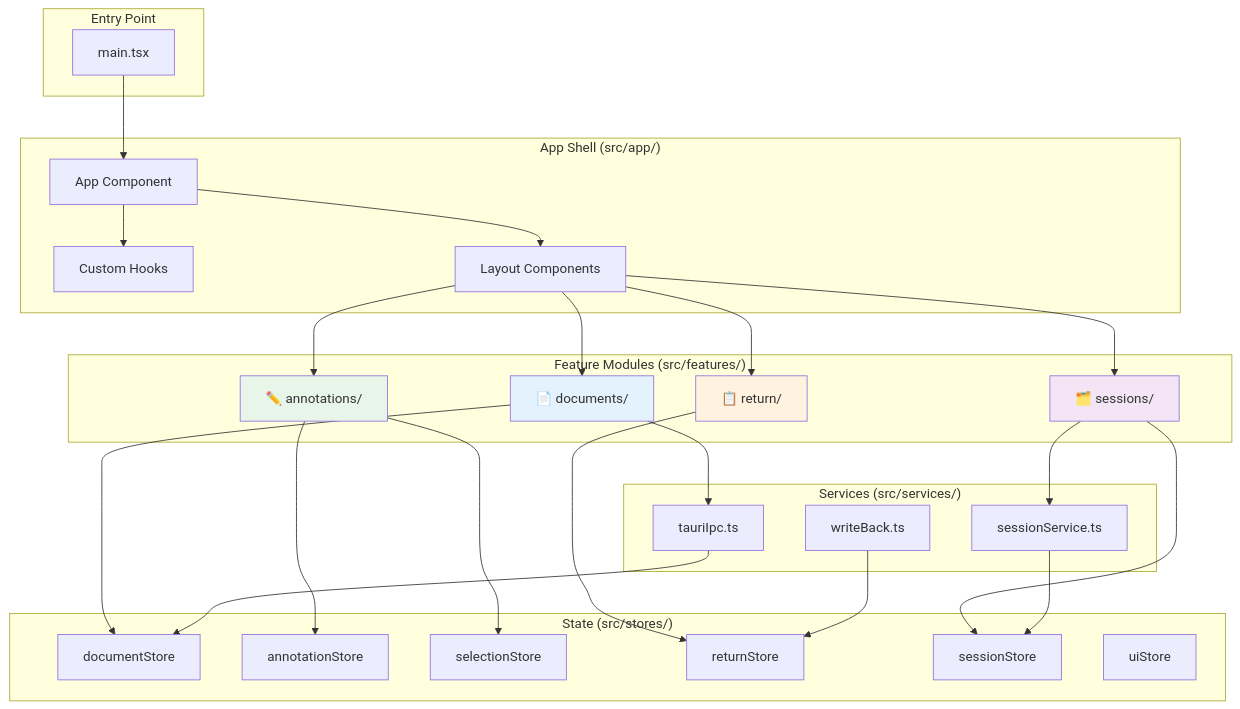
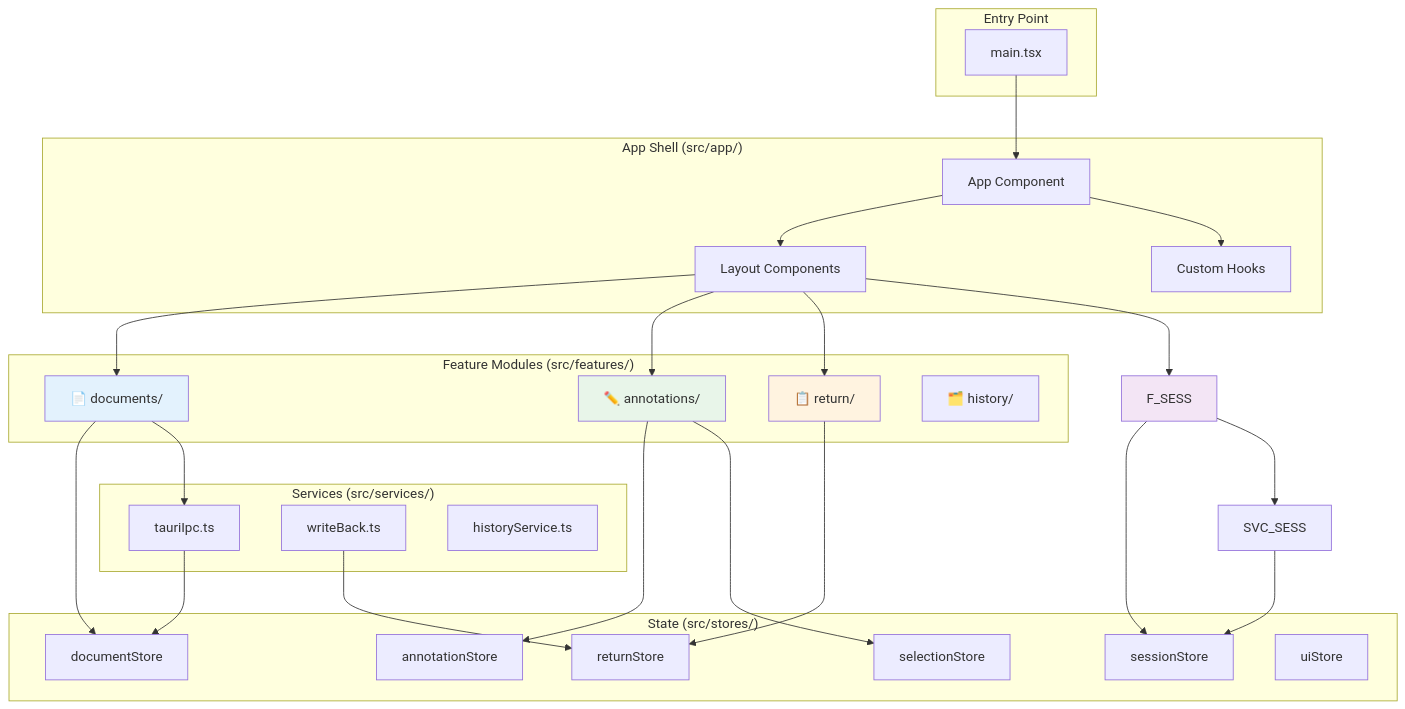
The seventh of 22 diagrams in docs/demo/demo.md (BobDLA/cliv), drawn with Mermaid before and after one commit. The commit also changed other lines of this file and 30 other files, not shown here.

````diff
--- a/docs/demo/demo.md
+++ b/docs/demo/demo.md
@@ -476,60 +476,60 @@
 ```mermaid
 graph TB
     subgraph "Entry Point"
         MAIN["main.tsx"]
     end
 
     subgraph "App Shell (src/app/)"
         APP_COMP["App Component"]
         HOOKS["Custom Hooks"]
         LAYOUT["Layout Components"]
     end
 
     subgraph "Feature Modules (src/features/)"
         F_DOC["📄 documents/"]
         F_ANN["✏️ annotations/"]
         F_RET["📋 return/"]
-        F_SESS["🗂️ sessions/"]
+        F_HIS["🗂️ history/"]
     end
 
     subgraph "Services (src/services/)"
         SVC_IPC["tauriIpc.ts"]
         SVC_WB["writeBack.ts"]
-        SVC_SESS["sessionService.ts"]
+        SVC_HIS["historyService.ts"]
     end
 
     subgraph "State (src/stores/)"
         S_DOC["documentStore"]
         S_ANN["annotationStore"]
         S_SEL["selectionStore"]
         S_RET["returnStore"]
         S_SESS["sessionStore"]
         S_UI["uiStore"]
     end
 
     MAIN --> APP_COMP
     APP_COMP --> LAYOUT
     APP_COMP --> HOOKS
 
     LAYOUT --> F_DOC
     LAYOUT --> F_ANN
     LAYOUT --> F_RET
     LAYOUT --> F_SESS
 
     F_DOC --> S_DOC
     F_DOC --> SVC_IPC
     F_ANN --> S_ANN
     F_ANN --> S_SEL
     F_RET --> S_RET
     F_SESS --> S_SESS
     F_SESS --> SVC_SESS
 
     SVC_IPC --> S_DOC
     SVC_WB --> S_RET
     SVC_SESS --> S_SESS
 
     style F_DOC fill:#e3f2fd
     style F_ANN fill:#e8f5e9
     style F_RET fill:#fff3e0
     style F_SESS fill:#f3e5f5
 ```
````
